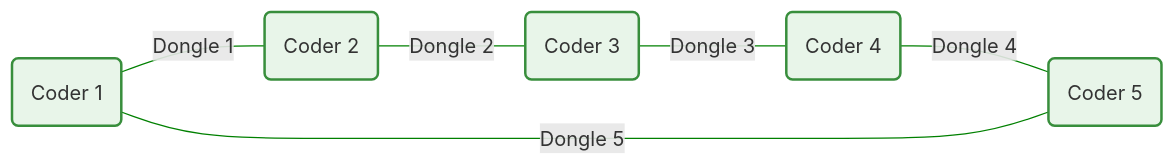
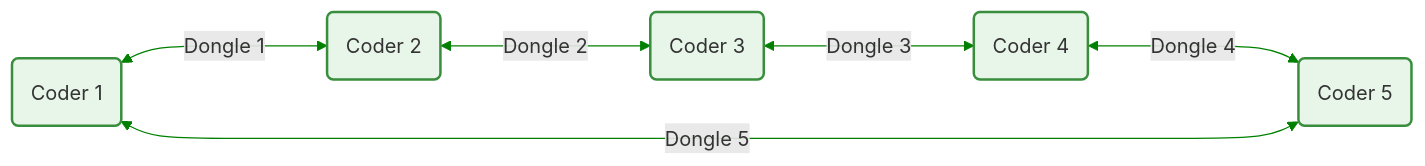
The first of 4 diagrams in README.md (noemiepi/Codexion), drawn with Mermaid before and after one commit. The commit also changed other lines of this file, not shown here.

````diff
--- a/README.md
+++ b/README.md
@@ -18,13 +18,13 @@
 ```mermaid
 flowchart LR
     classDef finish fill:#e8f5e9,stroke:#388e3c,stroke-width:2px,color:#333;
 
-    A(Coder 1) ---|Dongle 1| B
-    B(Coder 2) ---|Dongle 2| C
-    C(Coder 3) ---|Dongle 3| D
-    D(Coder 4) ---|Dongle 4| E
-    E(Coder 5) ---|Dongle 5| A
+    A(Coder 1) <--->|Dongle 1| B
+    B(Coder 2) <--->|Dongle 2| C
+    C(Coder 3) <--->|Dongle 3| D
+    D(Coder 4) <--->|Dongle 4| E
+    E(Coder 5) <--->|Dongle 5| A
 
     class A,B,C,D,E finish
     linkStyle default stroke:green;
 ```
````
